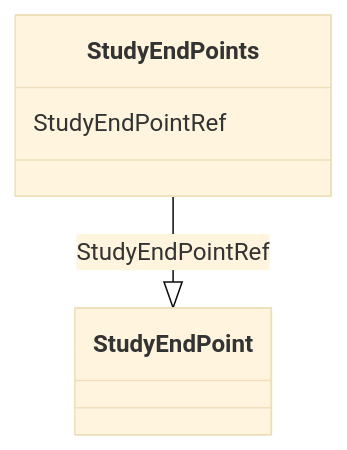
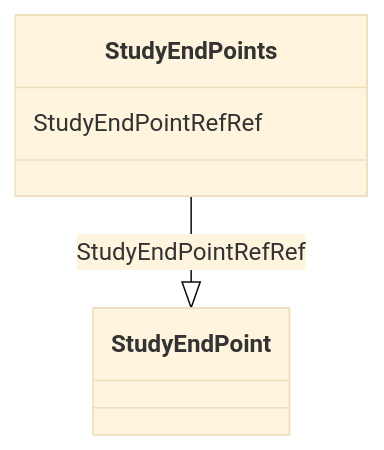
The diagram in docs/StudyEndPoints.md (cdisc-org/DataExchange-ODM-LinkML), drawn with Mermaid (base theme) before and after one commit. The commit also changed other lines of this file and 398 other files, not shown here.

Commit message:
refreshing for latest updates to schema

````diff
--- a/docs/StudyEndPoints.md
+++ b/docs/StudyEndPoints.md
@@ -9,9 +9,9 @@
 ```mermaid
  classDiagram
     class StudyEndPoints
-      StudyEndPoints : StudyEndPointRef
+      StudyEndPoints : StudyEndPointRefRef
         
-          StudyEndPoints --|> StudyEndPoint : StudyEndPointRef
+          StudyEndPoints --|> StudyEndPoint : StudyEndPointRefRef
         
       
 ```
````
